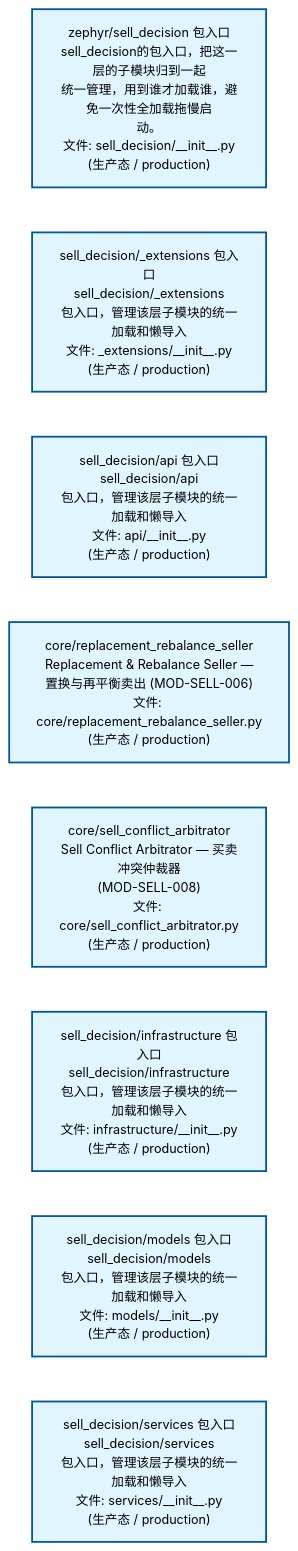
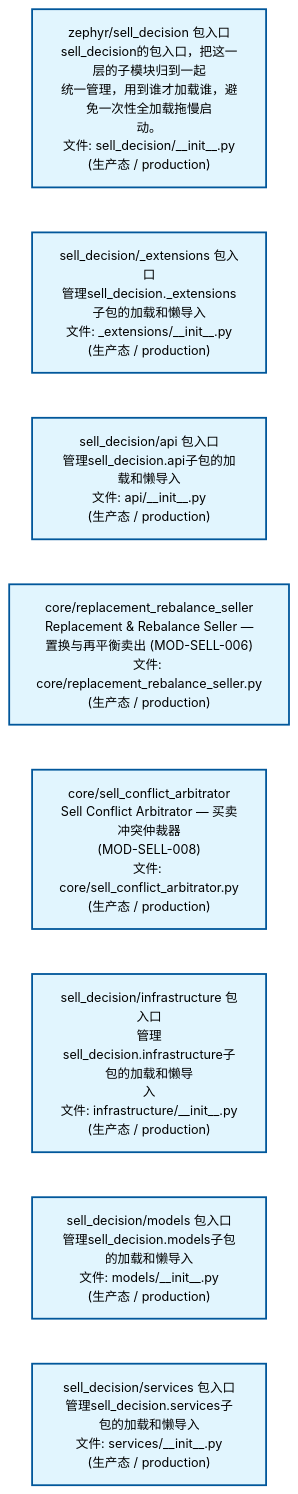
The second of 4 diagrams in docs/02_enterprise_architecture/02_domain_architecture_docs/67_d_sell_decision.md (xuanFelixVan/ZephyrAlpha), drawn with Mermaid before and after one commit. The commit also changed other lines of this file and 59 other files, not shown here.

````diff
--- a/docs/02_enterprise_architecture/02_domain_architecture_docs/67_d_sell_decision.md
+++ b/docs/02_enterprise_architecture/02_domain_architecture_docs/67_d_sell_decision.md
@@ -134,24 +134,24 @@
 ```mermaid
 %%{init: {'theme': 'base', 'themeVariables': {'primaryColor': '#eaeaea', 'primaryTextColor': '#333333', 'primaryBorderColor': '#666666', 'lineColor': '#666666', 'secondaryColor': '#eaeaea', 'tertiaryColor': '#eaeaea', 'fontSize': '14px'}}}%%
 flowchart TD
     src_zephyr_sell_decision_init_py["zephyr/sell_decision 包入口<br/>sell_decision的包入口，把这一层的子模块归到一起<br/>统一管理，用到谁才加载谁，避免一次性全加载拖慢启<br/>动。<br/>文件: sell_decision/__init__.py<br/>(生产态 / production)"]
-    src_zephyr_sell_decision_extensions_init_py["sell_decision/_extensions 包入口<br/>sell_decision/_extensions<br/>包入口，管理该层子模块的统一加载和懒导入<br/>文件: _extensions/__init__.py<br/>(生产态 / production)"]
-    src_zephyr_sell_decision_api_init_py["sell_decision/api 包入口<br/>sell_decision/api<br/>包入口，管理该层子模块的统一加载和懒导入<br/>文件: api/__init__.py<br/>(生产态 / production)"]
+    src_zephyr_sell_decision_extensions_init_py["sell_decision/_extensions 包入口<br/>管理sell_decision._extensions子包的加载和懒导入<br/>文件: _extensions/__init__.py<br/>(生产态 / production)"]
+    src_zephyr_sell_decision_api_init_py["sell_decision/api 包入口<br/>管理sell_decision.api子包的加载和懒导入<br/>文件: api/__init__.py<br/>(生产态 / production)"]
     src_zephyr_sell_decision_core_replacement_rebalance_seller_py["core/replacement_rebalance_seller<br/>Replacement & Rebalance Seller —<br/>置换与再平衡卖出 (MOD-SELL-006)<br/>文件: core/replacement_rebalance_seller.py<br/>(生产态 / production)"]
     src_zephyr_sell_decision_core_sell_conflict_arbitrator_py["core/sell_conflict_arbitrator<br/>Sell Conflict Arbitrator — 买卖冲突仲裁器<br/>(MOD-SELL-008)<br/>文件: core/sell_conflict_arbitrator.py<br/>(生产态 / production)"]
-    src_zephyr_sell_decision_infrastructure_init_py["sell_decision/infrastructure 包入口<br/>sell_decision/infrastructure<br/>包入口，管理该层子模块的统一加载和懒导入<br/>文件: infrastructure/__init__.py<br/>(生产态 / production)"]
-    src_zephyr_sell_decision_models_init_py["sell_decision/models 包入口<br/>sell_decision/models<br/>包入口，管理该层子模块的统一加载和懒导入<br/>文件: models/__init__.py<br/>(生产态 / production)"]
-    src_zephyr_sell_decision_services_init_py["sell_decision/services 包入口<br/>sell_decision/services<br/>包入口，管理该层子模块的统一加载和懒导入<br/>文件: services/__init__.py<br/>(生产态 / production)"]
+    src_zephyr_sell_decision_infrastructure_init_py["sell_decision/infrastructure 包入口<br/>管理sell_decision.infrastructure子包的加载和懒导<br/>入<br/>文件: infrastructure/__init__.py<br/>(生产态 / production)"]
+    src_zephyr_sell_decision_models_init_py["sell_decision/models 包入口<br/>管理sell_decision.models子包的加载和懒导入<br/>文件: models/__init__.py<br/>(生产态 / production)"]
+    src_zephyr_sell_decision_services_init_py["sell_decision/services 包入口<br/>管理sell_decision.services子包的加载和懒导入<br/>文件: services/__init__.py<br/>(生产态 / production)"]
     src_zephyr_sell_decision_init_py ~~~ src_zephyr_sell_decision_extensions_init_py
     src_zephyr_sell_decision_extensions_init_py ~~~ src_zephyr_sell_decision_api_init_py
     src_zephyr_sell_decision_api_init_py ~~~ src_zephyr_sell_decision_core_replacement_rebalance_seller_py
     src_zephyr_sell_decision_core_replacement_rebalance_seller_py ~~~ src_zephyr_sell_decision_core_sell_conflict_arbitrator_py
     src_zephyr_sell_decision_core_sell_conflict_arbitrator_py ~~~ src_zephyr_sell_decision_infrastructure_init_py
     src_zephyr_sell_decision_infrastructure_init_py ~~~ src_zephyr_sell_decision_models_init_py
     src_zephyr_sell_decision_models_init_py ~~~ src_zephyr_sell_decision_services_init_py
     classDef production fill:#e1f5fe,stroke:#01579b,stroke-width:2px,color:#000
     classDef design fill:#fff3e0,stroke:#e65100,stroke-width:2px,color:#000,stroke-dasharray: 5 5
     classDef external_prod fill:#e8f4fd,stroke:#0277bd,stroke-width:1px,color:#000
     classDef external_design fill:#fff8e7,stroke:#ef6c00,stroke-width:1px,color:#000,stroke-dasharray: 5 5
     class src_zephyr_sell_decision_init_py,src_zephyr_sell_decision_extensions_init_py,src_zephyr_sell_decision_api_init_py,src_zephyr_sell_decision_core_replacement_rebalance_seller_py,src_zephyr_sell_decision_core_sell_conflict_arbitrator_py,src_zephyr_sell_decision_infrastructure_init_py,src_zephyr_sell_decision_models_init_py,src_zephyr_sell_decision_services_init_py production
 ```
````
